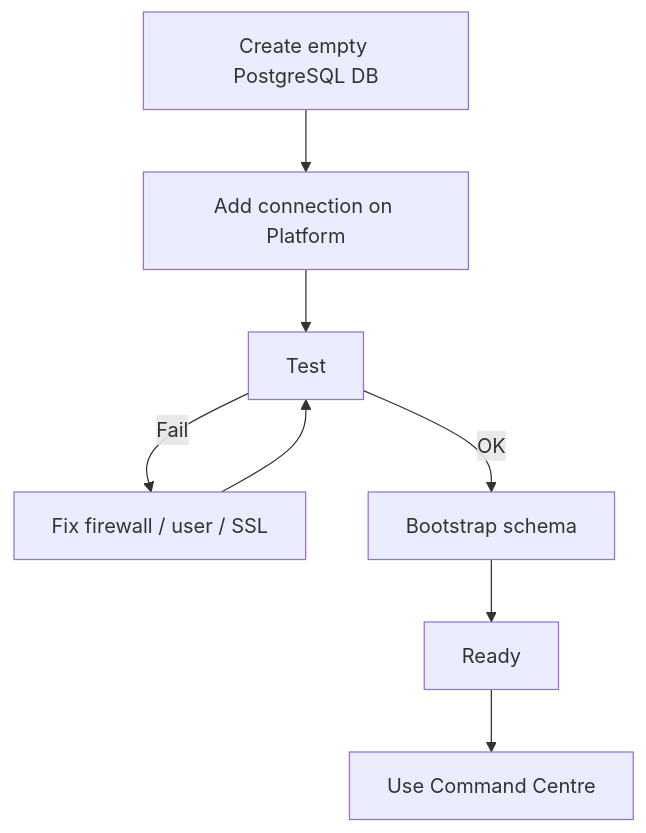
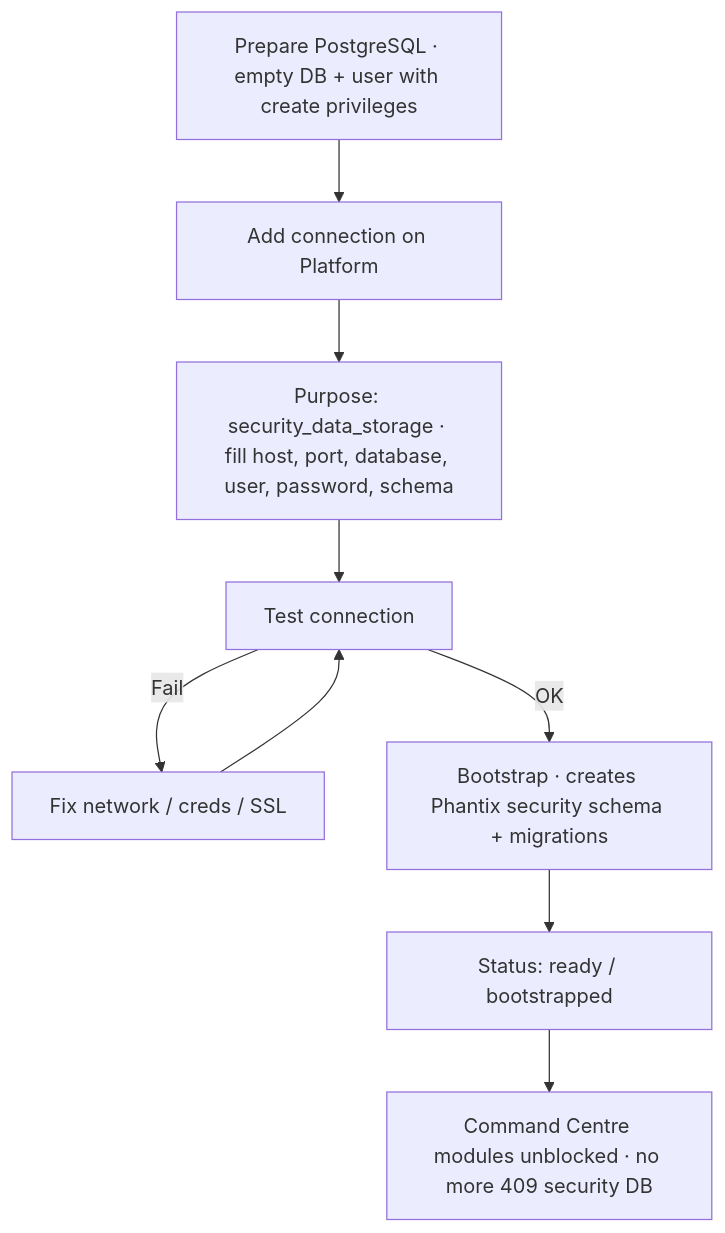
The diagram in docs/how-to/platform/06-connect-security-database.md (Phantom-Fort/Phantix-Frontend), drawn with Mermaid before and after one commit. The commit also changed other lines of this file and 44 other files, not shown here.

````diff
--- a/docs/how-to/platform/06-connect-security-database.md
+++ b/docs/how-to/platform/06-connect-security-database.md
@@ -37,10 +13,11 @@
 ```mermaid
 flowchart TD
-  A[Create empty PostgreSQL DB] --> B[Add connection on Platform]
-  B --> C[Test]
-  C -->|Fail| D[Fix firewall / user / SSL]
-  D --> C
-  C -->|OK| E[Bootstrap schema]
-  E --> F[Ready]
-  F --> G[Use Command Centre]
+  A[Prepare PostgreSQL · empty DB + user with create privileges] --> B[Add connection on Platform]
+  B --> C[Purpose: security_data_storage · fill host, port, database, user, password, schema]
+  C --> D[Test connection]
+  D -->|Fail| E[Fix network / creds / SSL]
+  E --> D
+  D -->|OK| F[Bootstrap · creates Phantix security schema + migrations]
+  F --> G[Status: ready / bootstrapped]
+  G --> H[Command Centre modules unblocked · no more 409 security DB]
 ```
````
